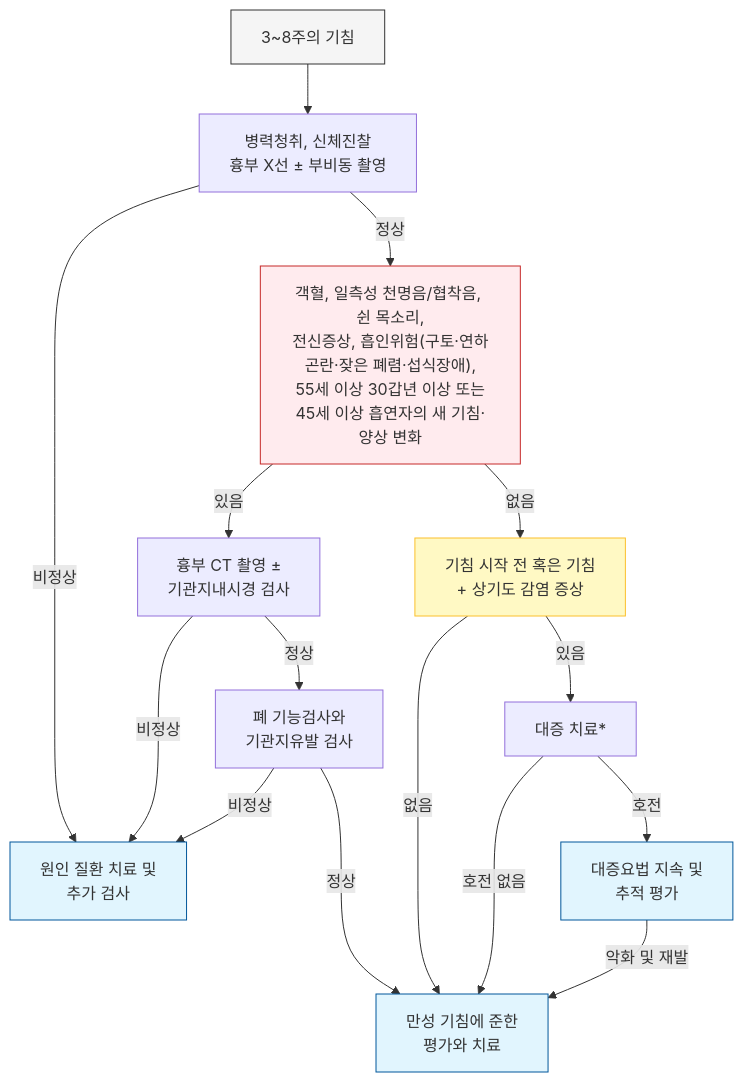
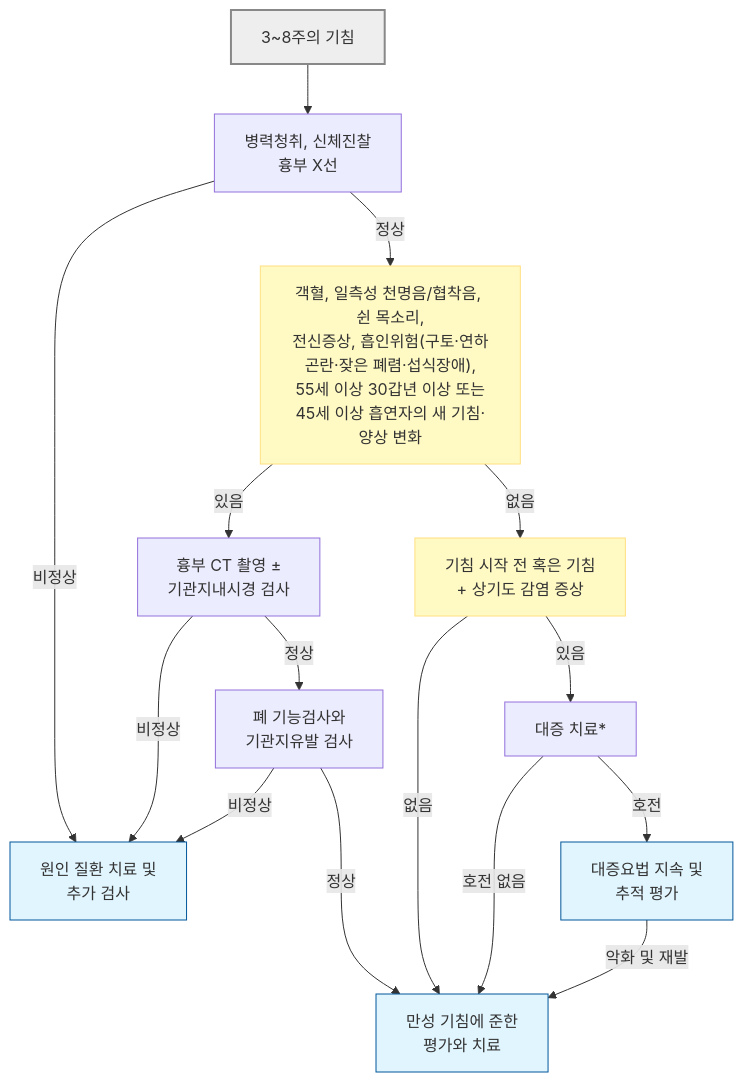
One commit to familyoh77/familyoh77 changed the second of 3 diagrams in 220_/006_-cough.md. Above: the diagram before and after it, drawn with Mermaid. The commit also changed other lines of this file and 4 other files, not shown here.

````diff
--- a/220_/006_-cough.md
+++ b/220_/006_-cough.md
@@ -235,29 +237,29 @@
 ```mermaid
 graph TD
-    Start["3~8주의 기침"] --> Xray["병력청취, 신체진찰<br/>흉부 X선 ± 부비동 촬영"]
+    Start["3~8주의 기침"] --> Xray["병력청취, 신체진찰<br/>흉부 X선"]
     
     Xray -- "비정상" --> TreatCause["원인 질환 치료 및 <br/>추가 검사"]
     
     Xray -- "정상" --> RedFlags["객혈, 일측성 천명음/협착음, 쉰 목소리,<br/>전신증상, 흡인위험(구토·연하곤란·잦은 폐렴·섭식장애),<br/>55세 이상 30갑년 이상 또는<br/>45세 이상 흡연자의 새 기침·양상 변화"]
     RedFlags -- "있음" --> CT["흉부 CT 촬영 ±<br/>기관지내시경 검사"]
     RedFlags -- "없음" --> PostInfectious["기침 시작 전 혹은 기침 <br/>+ 상기도 감염 증상"]
     CT -- "비정상" --> TreatCause
     CT -- "정상" --> PFT["폐 기능검사와<br/>기관지유발 검사"]
     PFT -- "비정상" --> TreatCause
     PFT -- "정상" --> Chronic["만성 기침에 준한 <br/>평가와 치료"]
     PostInfectious -- "있음" --> Symptomatic["대증 치료*"]
     PostInfectious -- "없음" --> Chronic
     
     Symptomatic -- "호전" --> FollowUp["대증요법 지속 및 <br/>추적 평가"]
     Symptomatic -- "호전 없음" --> Chronic
     
     FollowUp -- "악화 및 재발" --> Chronic
     %% 스타일 설정
-    style Start fill:#f5f5f5,stroke:#333
-    style RedFlags fill:#ffebee,stroke:#c62828
-    style PostInfectious fill:#fff9c4,stroke:#fbc02d
+    style Start fill:#eeeeee,stroke:#888888,stroke-width:2px
+    style RedFlags fill:#fff9c4,stroke:#ffe082
+    style PostInfectious fill:#fff9c4,stroke:#ffe082
     style FollowUp fill:#e1f5fe,stroke:#01579b
     style TreatCause fill:#e1f5fe,stroke:#01579b
     style Chronic fill:#e1f5fe,stroke:#01579b
 
 ```
````
